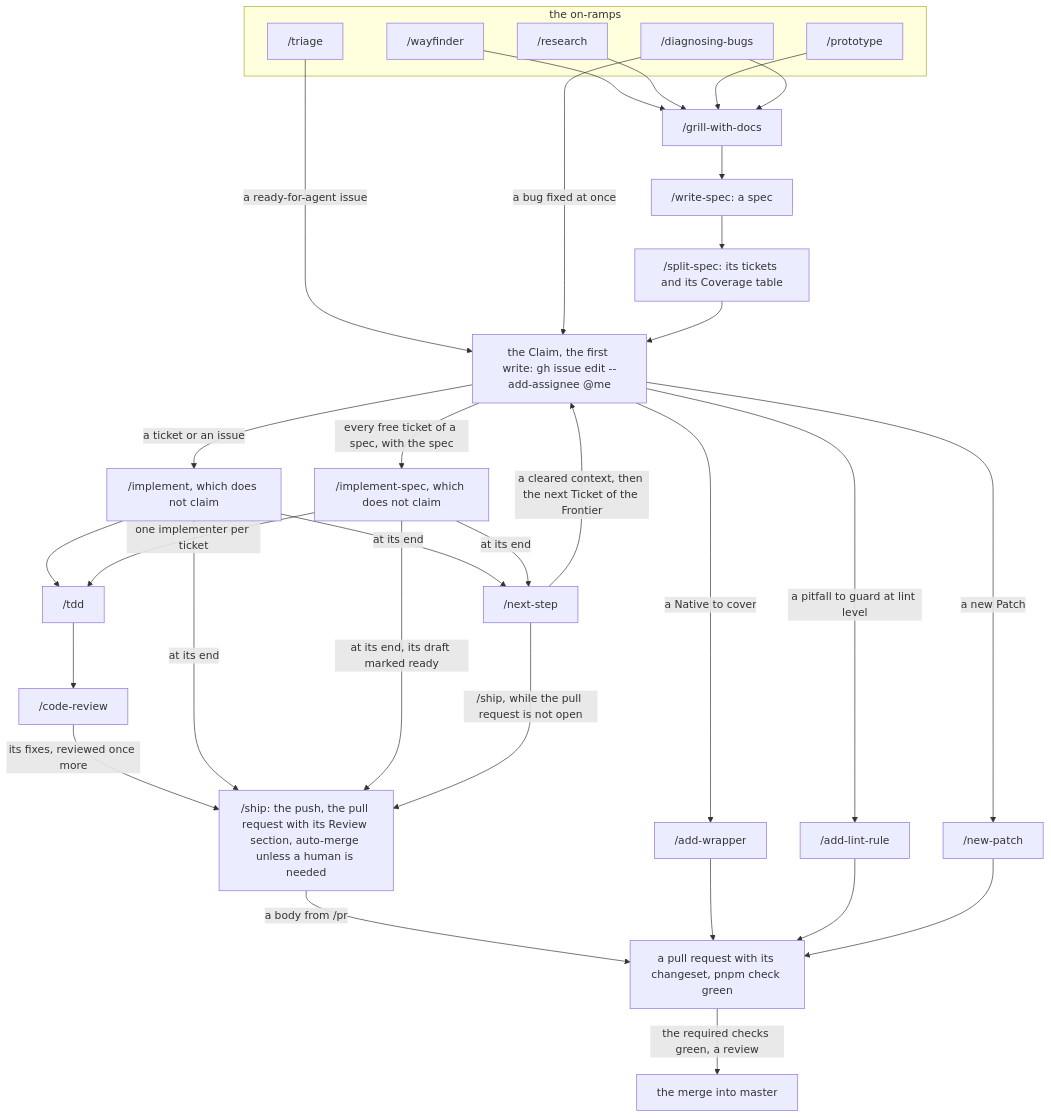
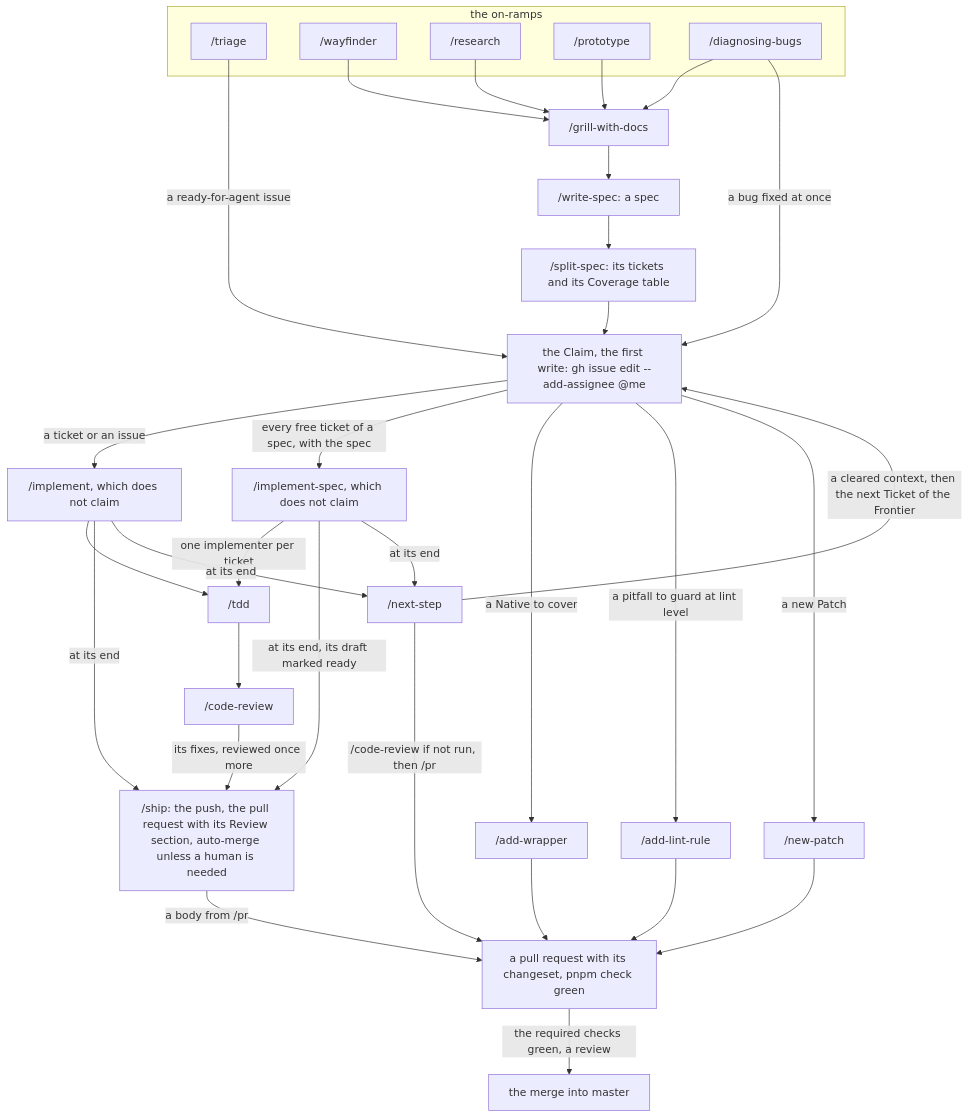
Before and after one commit to phmilk/reforged-ts: the diagram in docs/agents/development-loop.md, drawn with Mermaid. The commit also changed other lines of this file and 1 other file, not shown here.

Commit message:
fix(skills): ship's review findings: the Merge Danger from /pr, gh output read with --jq, a fetch before the default branch moves (#805)

````diff
--- a/docs/agents/development-loop.md
+++ b/docs/agents/development-loop.md
@@ -77,57 +77,57 @@
 ```mermaid
 flowchart TD
   %% diagram: development-loop
   %% covers: skills
   subgraph on_ramps["the on-ramps"]
     triage["/triage"]
     wayfinder["/wayfinder"]
     research["/research"]
     prototype["/prototype"]
     diagnosing_bugs["/diagnosing-bugs"]
   end
   grill_with_docs["/grill-with-docs"]
   write_spec["/write-spec: a spec"]
   split_spec["/split-spec: its tickets and its Coverage table"]
   claim["the Claim, the first write: gh issue edit --add-assignee @me"]
   implement["/implement, which does not claim"]
   implement_spec["/implement-spec, which does not claim"]
   tdd["/tdd"]
   code_review["/code-review"]
   next_step["/next-step"]
   ship["/ship: the push, the pull request with its Review section, auto-merge unless a human is needed"]
   add_wrapper["/add-wrapper"]
   add_lint_rule["/add-lint-rule"]
   new_patch["/new-patch"]
   pull_request["a pull request with its changeset, pnpm check green"]
   merge["the merge into master"]
 
   wayfinder --> grill_with_docs
   research --> grill_with_docs
   prototype --> grill_with_docs
   diagnosing_bugs --> grill_with_docs
   triage -->|"a ready-for-agent issue"| claim
   diagnosing_bugs -->|"a bug fixed at once"| claim
   grill_with_docs --> write_spec
   write_spec --> split_spec
   split_spec --> claim
   claim -->|"a ticket or an issue"| implement
   claim -->|"every free ticket of a spec, with the spec"| implement_spec
   claim -->|"a Native to cover"| add_wrapper
   claim -->|"a pitfall to guard at lint level"| add_lint_rule
   claim -->|"a new Patch"| new_patch
   implement --> tdd
   implement_spec -->|"one implementer per ticket"| tdd
   tdd --> code_review
   code_review -->|"its fixes, reviewed once more"| ship
   implement -->|"at its end"| ship
   implement_spec -->|"at its end, its draft marked ready"| ship
   ship -->|"a body from /pr"| pull_request
   add_wrapper --> pull_request
   add_lint_rule --> pull_request
   new_patch --> pull_request
   pull_request -->|"the required checks green, a review"| merge
   implement -->|"at its end"| next_step
   implement_spec -->|"at its end"| next_step
-  next_step -->|"/ship, while the pull request is not open"| ship
+  next_step -->|"/code-review if not run, then /pr"| pull_request
   next_step -->|"a cleared context, then the next Ticket of the Frontier"| claim
 ```
````
